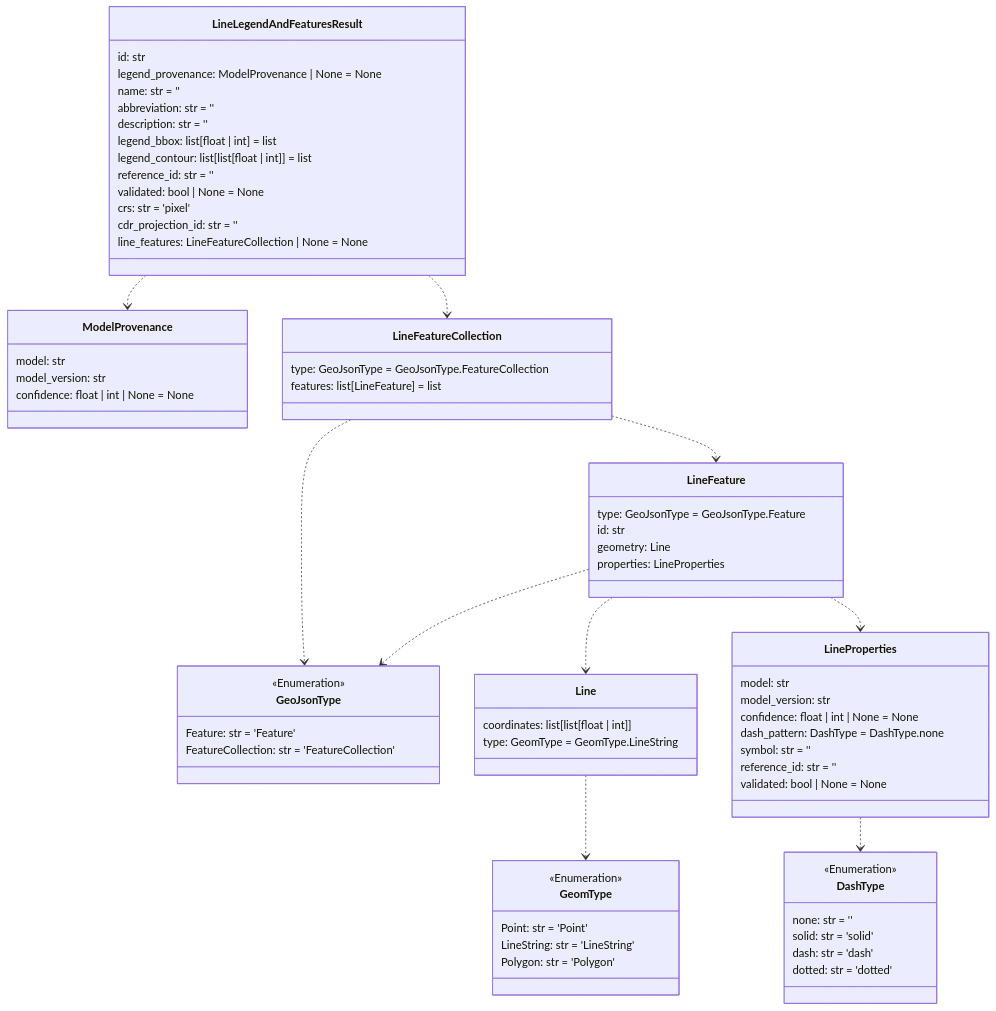
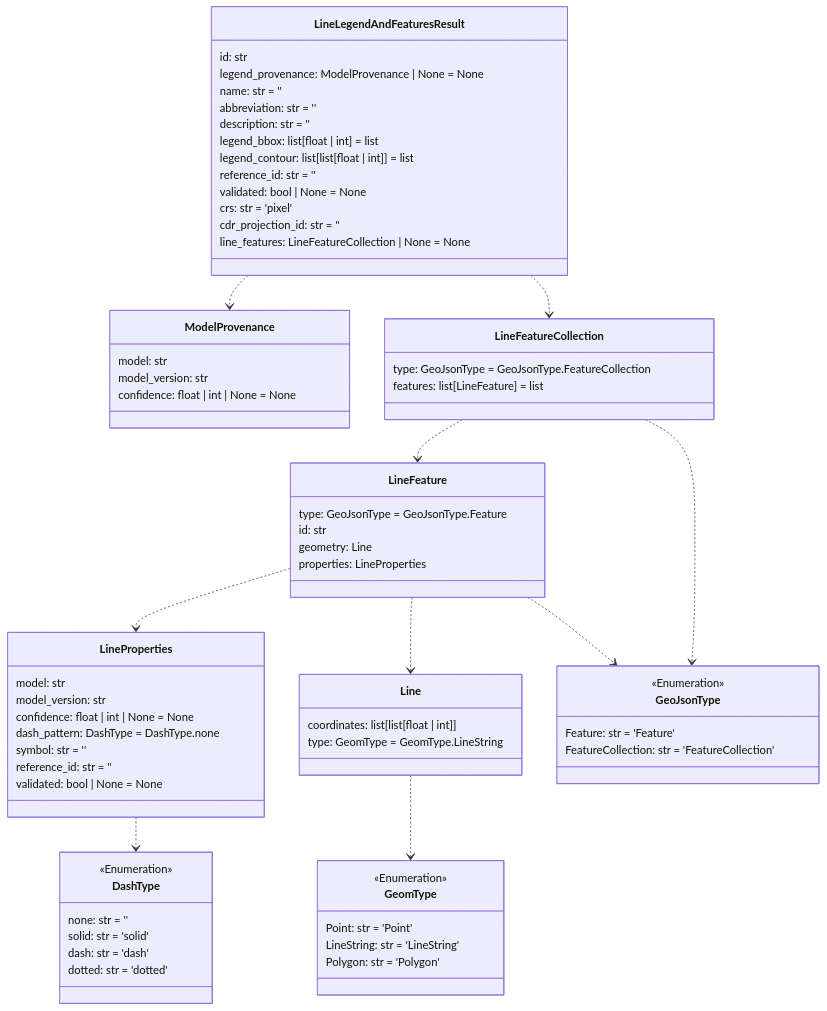
One commit to DARPA-CRITICALMAAS/cdr_schemas changed the sixth of 14 diagrams in README.md. Above: the diagram before and after it, drawn with Mermaid. The commit also changed other lines of this file and 1 other file, not shown here.

First line of the commit message:
Updated schema for BNN

````diff
--- a/README.md
+++ b/README.md
@@ -452,84 +452,84 @@
 ```mermaid
 classDiagram
+
+    class LineLegendAndFeaturesResult {
+        id: str
+        legend_provenance: ModelProvenance | None = None
+        name: str = ''
+        abbreviation: str = ''
+        description: str = ''
+        legend_bbox: list[float | int] = list
+        legend_contour: list[list[float | int]] = list
+        reference_id: str = ''
+        validated: bool | None = None
+        crs: str = 'pixel'
+        cdr_projection_id: str = ''
+        line_features: LineFeatureCollection | None = None
+    }
+
+    class GeomType {
+        <<Enumeration>>
+        Point: str = 'Point'
+        LineString: str = 'LineString'
+        Polygon: str = 'Polygon'
+    }
+
+    class ModelProvenance {
+        model: str
+        model_version: str
+        confidence: float | int | None = None
+    }
 
     class GeoJsonType {
         <<Enumeration>>
         Feature: str = 'Feature'
         FeatureCollection: str = 'FeatureCollection'
+    }
+
+    class LineFeatureCollection {
+        type: GeoJsonType = GeoJsonType.FeatureCollection
+        features: list[LineFeature] = list
+    }
+
+    class LineProperties {
+        model: str
+        model_version: str
+        confidence: float | int | None = None
+        dash_pattern: DashType = DashType.none
+        symbol: str = ''
+        reference_id: str = ''
+        validated: bool | None = None
+    }
+
+    class Line {
+        coordinates: list[list[float | int]]
+        type: GeomType = GeomType.LineString
     }
 
     class DashType {
         <<Enumeration>>
         none: str = ''
         solid: str = 'solid'
         dash: str = 'dash'
         dotted: str = 'dotted'
     }
 
     class LineFeature {
         type: GeoJsonType = GeoJsonType.Feature
         id: str
         geometry: Line
         properties: LineProperties
     }
 
-    class LineFeatureCollection {
-        type: GeoJsonType = GeoJsonType.FeatureCollection
-        features: list[LineFeature] = list
-    }
-
-    class LineLegendAndFeaturesResult {
-        id: str
-        legend_provenance: ModelProvenance | None = None
-        name: str = ''
-        abbreviation: str = ''
-        description: str = ''
-        legend_bbox: list[float | int] = list
-        legend_contour: list[list[float | int]] = list
-        reference_id: str = ''
-        validated: bool | None = None
-        crs: str = 'pixel'
-        cdr_projection_id: str = ''
-        line_features: LineFeatureCollection | None = None
-    }
-
-    class ModelProvenance {
-        model: str
-        model_version: str
-        confidence: float | int | None = None
-    }
-
-    class Line {
-        coordinates: list[list[float | int]]
-        type: GeomType = GeomType.LineString
-    }
-
-    class GeomType {
-        <<Enumeration>>
-        Point: str = 'Point'
-        LineString: str = 'LineString'
-        Polygon: str = 'Polygon'
-    }
-
-    class LineProperties {
-        model: str
-        model_version: str
-        confidence: float | int | None = None
-        dash_pattern: DashType = DashType.none
-        symbol: str = ''
-        reference_id: str = ''
-        validated: bool | None = None
-    }
-
     Line ..> GeomType
     LineProperties ..> DashType
+    LineFeature ..> LineProperties
+    LineFeature ..> Line
     LineFeature ..> GeoJsonType
-    LineFeature ..> Line
-    LineFeature ..> LineProperties
+    LineFeatureCollection ..> LineFeature
     LineFeatureCollection ..> GeoJsonType
-    LineFeatureCollection ..> LineFeature
     LineLegendAndFeaturesResult ..> ModelProvenance
     LineLegendAndFeaturesResult ..> LineFeatureCollection
 
 
 ```
````
